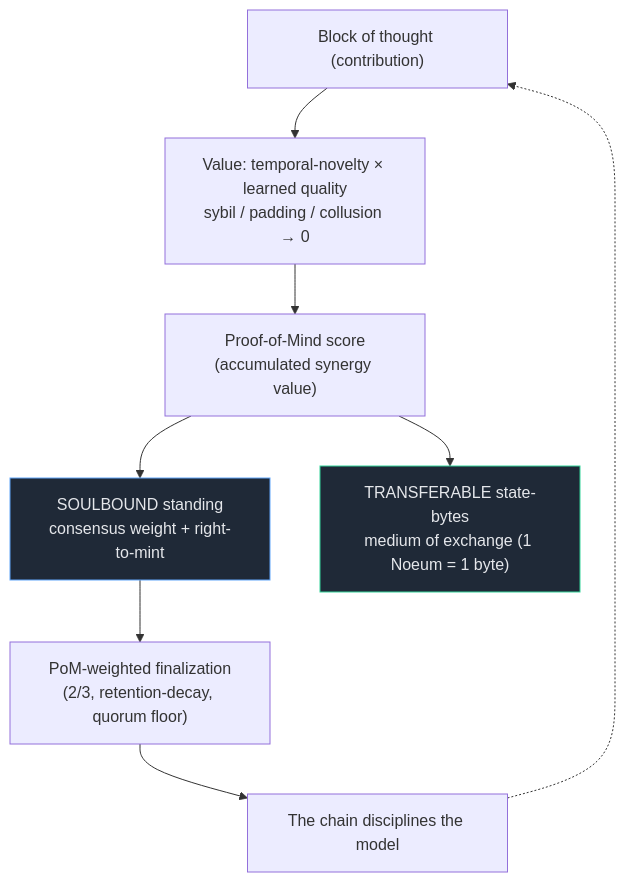
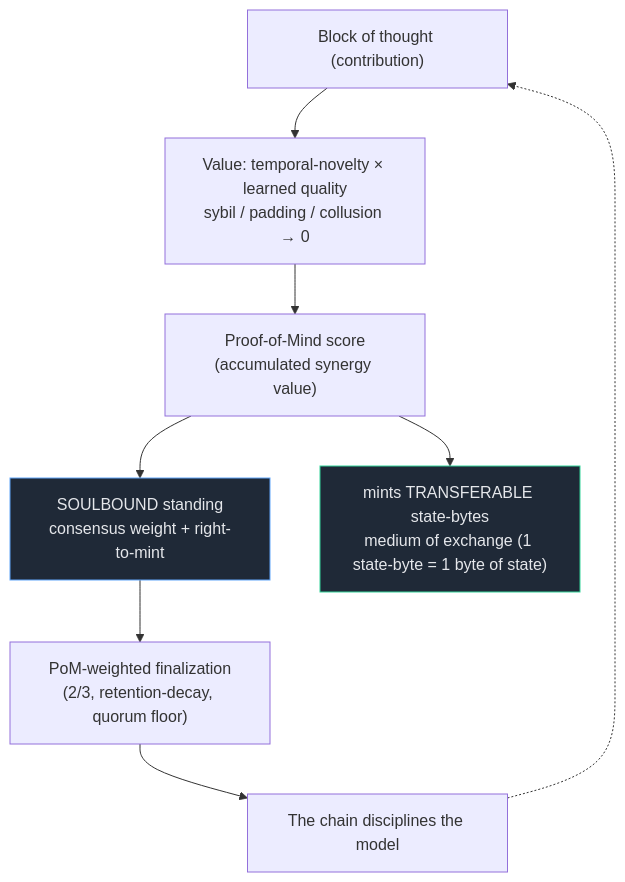
One commit to WGlynn/noesis changed the diagram in README.md. Above: the diagram before and after it, drawn with Mermaid. The commit also changed other lines of this file and 3 other files, not shown here.

First line of the commit message:
docs: drop stale 'Noeum' brand; de-conflate soulbound PoM-standing from transferable state-bytes

````diff
--- a/README.md
+++ b/README.md
@@ -58,14 +58,14 @@
 ```mermaid
 flowchart TD
   CONTRIB["Block of thought (contribution)"] --> VAL["Value: temporal-novelty × learned quality<br/>sybil / padding / collusion → 0"]
   VAL --> POM["Proof-of-Mind score<br/>(accumulated synergy value)"]
   POM --> STAND["SOULBOUND standing<br/>consensus weight + right-to-mint"]
-  POM --> BYTES["TRANSFERABLE state-bytes<br/>medium of exchange (1 Noeum = 1 byte)"]
+  POM --> BYTES["mints TRANSFERABLE state-bytes<br/>medium of exchange (1 state-byte = 1 byte of state)"]
   STAND --> CONS["PoM-weighted finalization<br/>(2/3, retention-decay, quorum floor)"]
   CONS --> ENF["The chain disciplines the model"]
   ENF -.-> CONTRIB
   classDef sb fill:#1f2937,stroke:#60a5fa,color:#e5e7eb;
   classDef tr fill:#1f2937,stroke:#34d399,color:#e5e7eb;
   class STAND sb
   class BYTES tr
 ```
````
